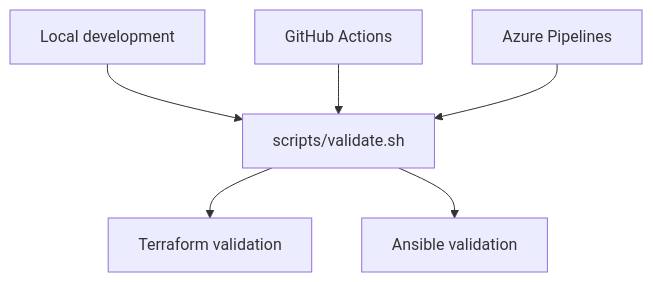
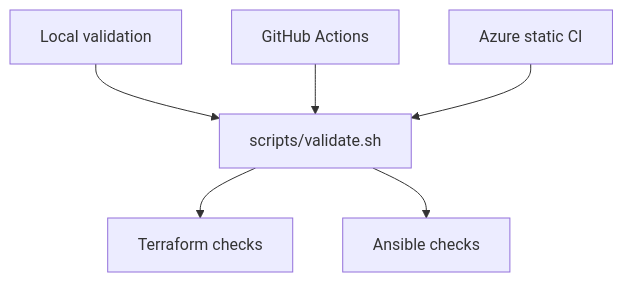
Before and after one commit to MoustafaBarou/barou-platform: the diagram in docs/ci-cd.md, drawn with Mermaid. The commit also changed other lines of this file and 25 other files, not shown here.

````diff
--- a/docs/ci-cd.md
+++ b/docs/ci-cd.md
@@ -11,8 +35,8 @@
 ```mermaid
 flowchart TD
-    Developer["Local development"] --> Script["scripts/validate.sh"]
+    Local["Local validation"] --> Script["scripts/validate.sh"]
     GitHub["GitHub Actions"] --> Script
-    Azure["Azure Pipelines"] --> Script
-    Script --> Terraform["Terraform validation"]
-    Script --> Ansible["Ansible validation"]
+    Azure["Azure static CI"] --> Script
+    Script --> TF["Terraform checks"]
+    Script --> Ansible["Ansible checks"]
 ```
````
